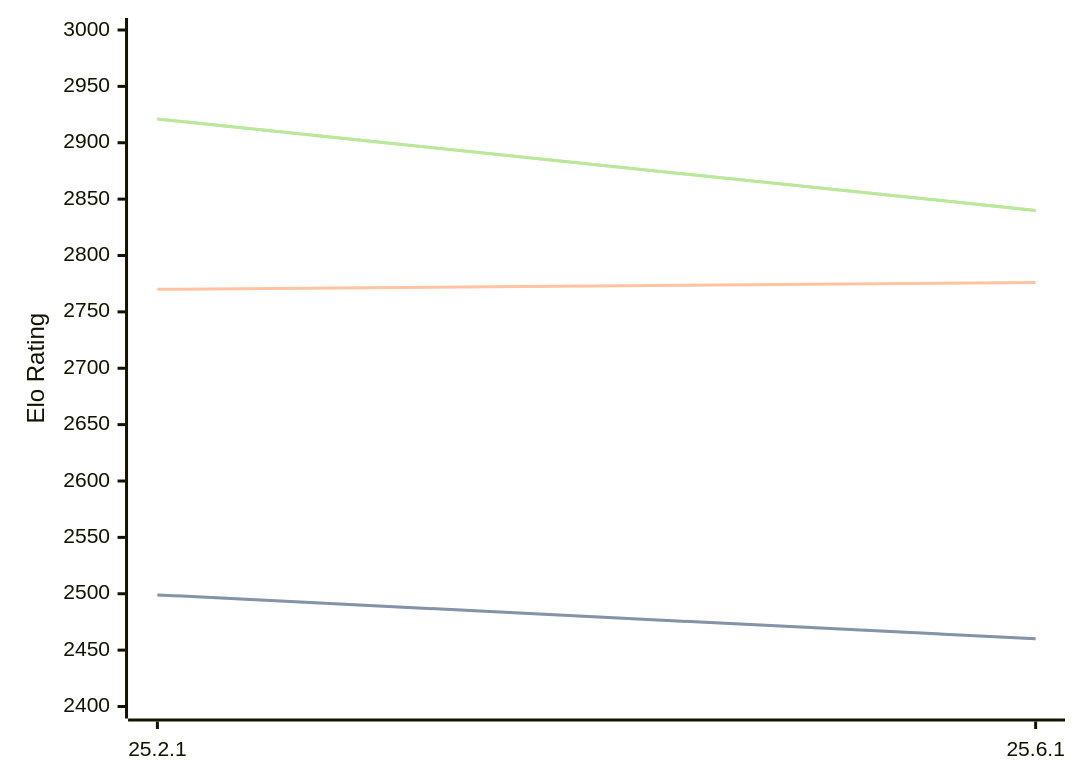
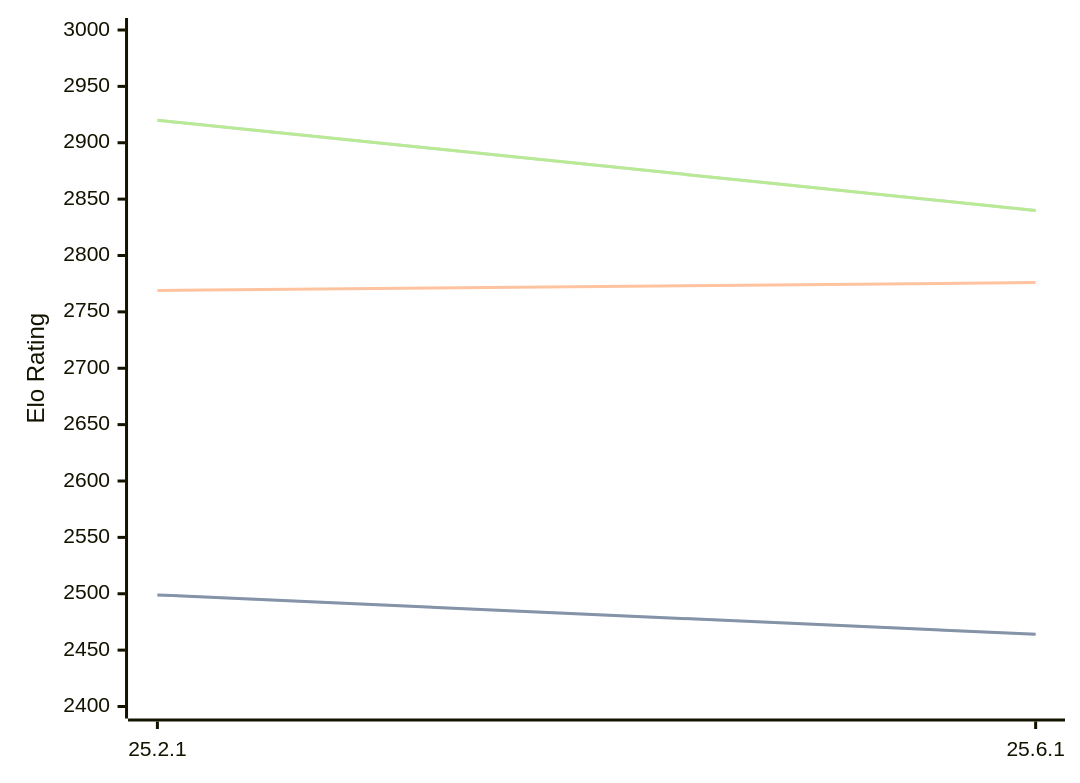
Before and after one commit to computer-chess-index/cci: the diagram in engines/Crafty.md, drawn with Mermaid. The commit also changed other lines of this file, not shown here.

Commit message:
Update CCI Ratings (ELO VLTC) - 2026-08-06

````diff
--- a/engines/Crafty.md
+++ b/engines/Crafty.md
@@ -32,11 +32,11 @@
 ```mermaid
 %%{init: {"theme":"base","themeVariables":{"seriesColors:['#a3a3a3','#222221','#faa371']}}}%%
 xychart-beta
   x-axis ["25.2.1", "25.6.1"]
   y-axis "Elo Rating" 2400 --> 3000
-  line "STC (8.0+0.08s)" [2499, 2460]
-  line "STC (8.0+0.08s)" [2499, 2460]
-  line "LTC (60.0+0.60s)" [2770, 2776]
-  line "VLTC (2m24s+1.12s)" [2921, 2840]
-  line "VLTC (2m24s+1.12s)" [2921, 2840]
+  line "STC (8.0+0.08s)" [2499, 2464]
+  line "STC (8.0+0.08s)" [2499, 2464]
+  line "LTC (60.0+0.60s)" [2769, 2776]
+  line "VLTC (2m24s+1.12s)" [2920, 2840]
+  line "VLTC (2m24s+1.12s)" [2920, 2840]
 ```
````
